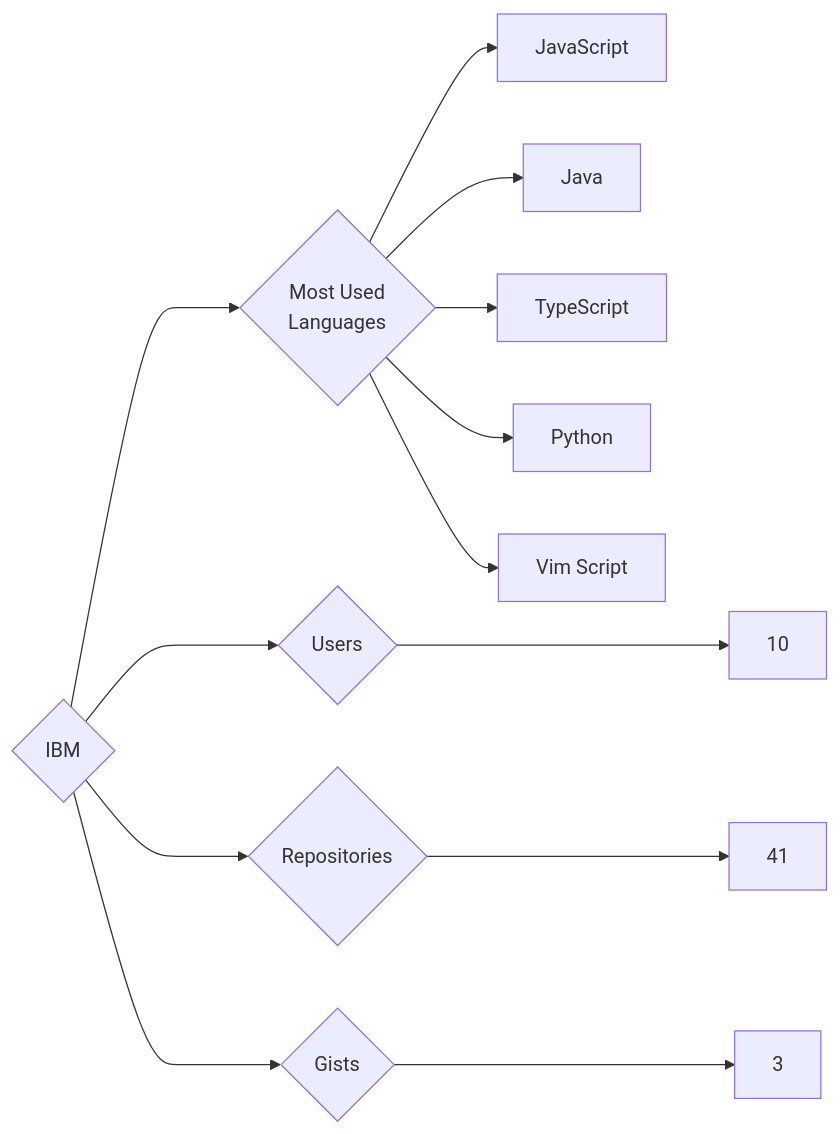
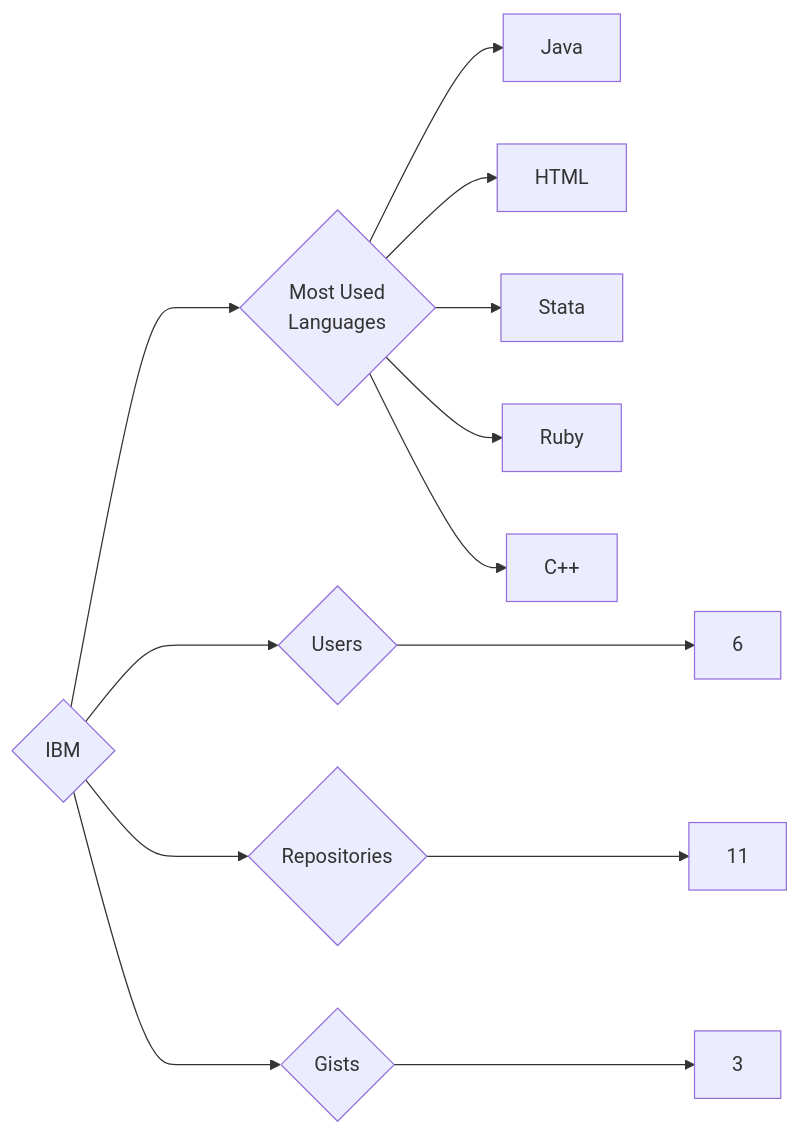
The diagram in targets/IBM/README.md (trickest/insiders), drawn with Mermaid before and after one commit. The commit also changed 1092 other files, not shown here.

````diff
--- a/targets/IBM/README.md
+++ b/targets/IBM/README.md
@@ -3,13 +3,13 @@
 ```mermaid
 graph LR
 COMPANY_NAME{IBM}
-COMPANY_NAME ---> U{Users} ---> UN[10]
-COMPANY_NAME ---> R{Repositories} ---> RN[41]
+COMPANY_NAME ---> U{Users} ---> UN[6]
+COMPANY_NAME ---> R{Repositories} ---> RN[11]
 COMPANY_NAME ---> G{Gists} ---> GN[3]
 COMPANY_NAME ---> ML{Most Used<br>Languages}
-ML --> JavaScript[JavaScript]
 ML --> Java[Java]
-ML --> TypeScript[TypeScript]
-ML --> Python[Python]
-ML --> Vim_Script[Vim Script]
+ML --> HTML[HTML]
+ML --> Stata[Stata]
+ML --> Ruby[Ruby]
+ML --> C++[C++]
 ```
````
